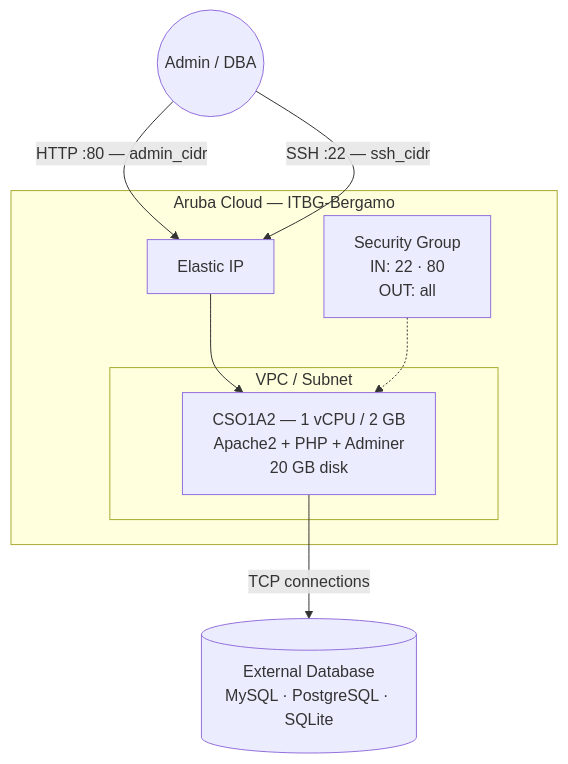
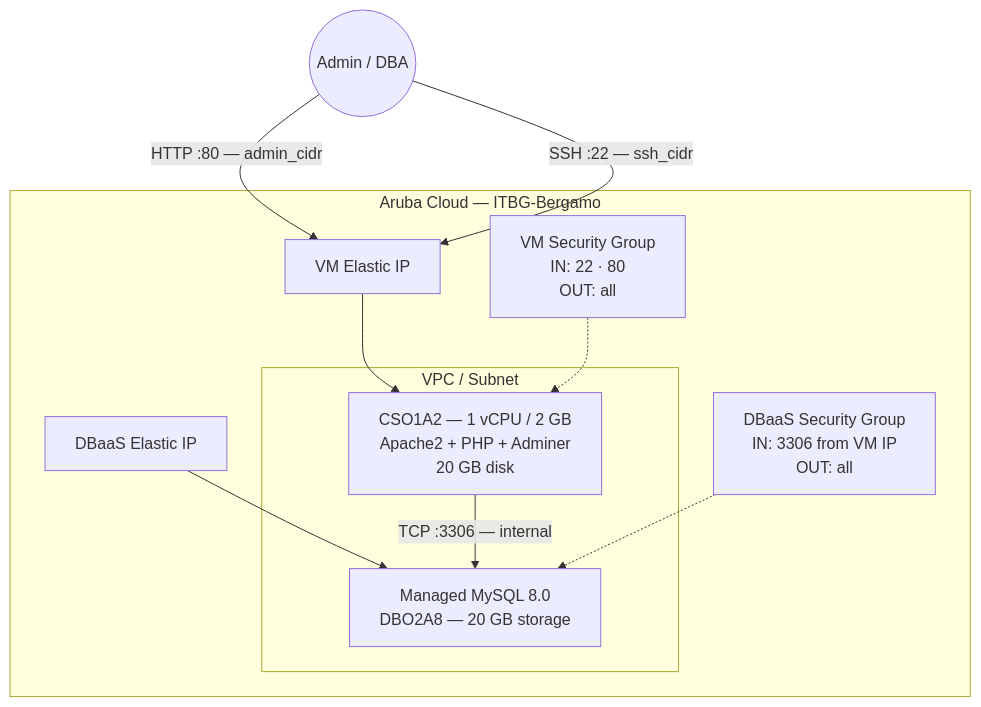
Before and after one commit to Arubacloud/terraform-arubacloud-examples: the diagram in adminer/README.md, drawn with Mermaid. The commit also changed other lines of this file and 1 other file, not shown here.

First line of the commit message:
docs(adminer): update README and tfvars.example for DBaaS setup

````diff
--- a/adminer/README.md
+++ b/adminer/README.md
@@ -24,16 +26,20 @@
 ```mermaid
 graph TB
-    Admin((Admin / DBA)) -->|HTTP :80 — admin_cidr| EIP[Elastic IP]
-    Admin -->|SSH :22 — ssh_cidr| EIP
+    Admin((Admin / DBA)) -->|HTTP :80 — admin_cidr| EIP_VM[VM Elastic IP]
+    Admin -->|SSH :22 — ssh_cidr| EIP_VM
 
     subgraph AC["Aruba Cloud — ITBG-Bergamo"]
         subgraph VPC["VPC / Subnet"]
             VM["CSO1A2 — 1 vCPU / 2 GB\nApache2 + PHP + Adminer\n20 GB disk"]
+            DBAAS["Managed MySQL 8.0\nDBO2A8 — 20 GB storage"]
         end
-        EIP --> VM
-        SG["Security Group\nIN: 22 · 80\nOUT: all"]
+        EIP_VM --> VM
+        EIP_DBAAS[DBaaS Elastic IP] --> DBAAS
+        VM -->|TCP :3306 — internal| DBAAS
+        SG_VM["VM Security Group\nIN: 22 · 80\nOUT: all"]
+        SG_DB["DBaaS Security Group\nIN: 3306 from VM IP\nOUT: all"]
     end
 
-    VM -->|TCP connections| DB[(External Database\nMySQL · PostgreSQL · SQLite)]
-    SG -.-> VM
+    SG_VM -.-> VM
+    SG_DB -.-> DBAAS
 ```
````
